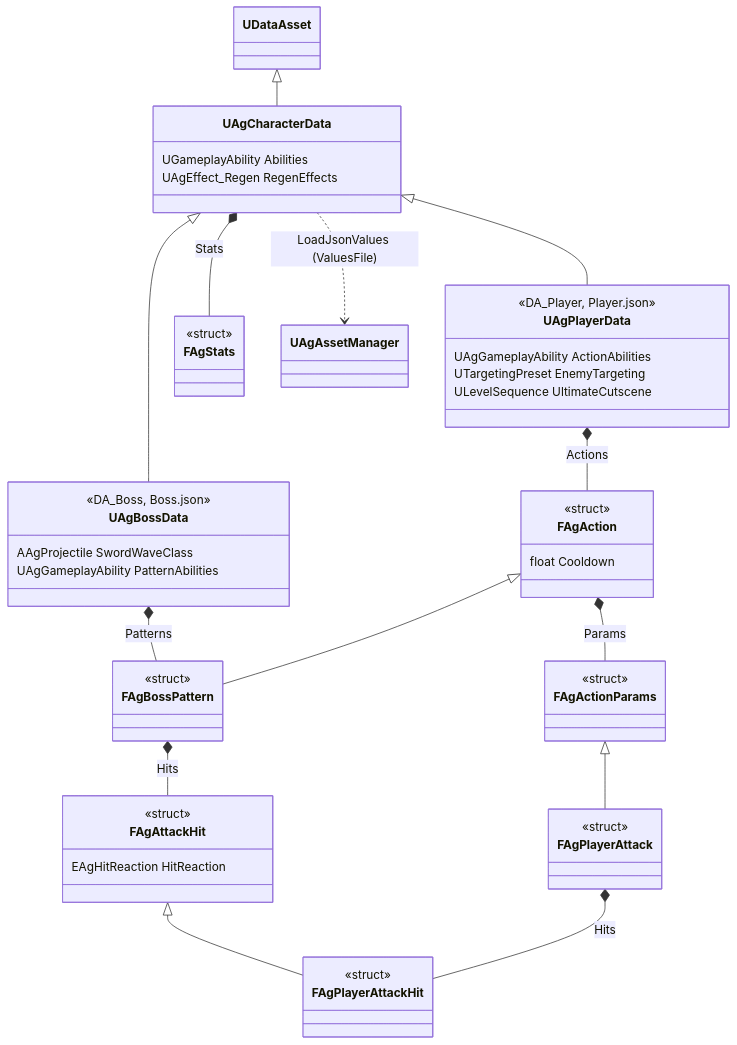
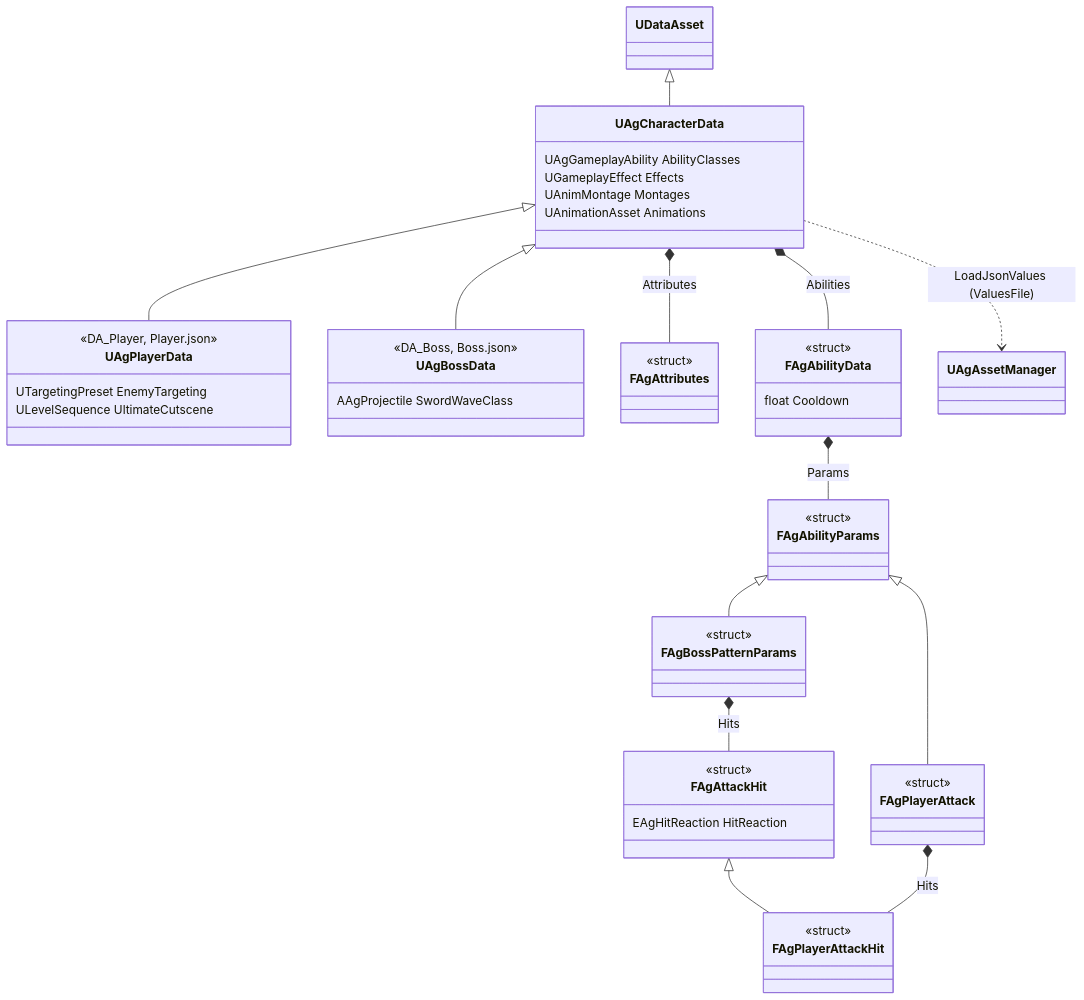
The first of 2 diagrams in Docs/Program/JSON과 DataAsset.md (Woogl/Ag), drawn with Mermaid before and after one commit. The commit also changed other lines of this file and 81 other files, not shown here.

````diff
--- a/Docs/Program/JSON과 DataAsset.md
+++ b/Docs/Program/JSON과 DataAsset.md
@@ -31,56 +31,55 @@
 ```mermaid
 classDiagram
     direction TB
     class UAgCharacterData {
-        UGameplayAbility Abilities
-        UAgEffect_Regen RegenEffects
+        UAgGameplayAbility AbilityClasses
+        UGameplayEffect Effects
+        UAnimMontage Montages
+        UAnimationAsset Animations
     }
     class UAgPlayerData {
         <<DA_Player, Player.json>>
-        UAgGameplayAbility ActionAbilities
         UTargetingPreset EnemyTargeting
         ULevelSequence UltimateCutscene
     }
     class UAgBossData {
         <<DA_Boss, Boss.json>>
         AAgProjectile SwordWaveClass
-        UAgGameplayAbility PatternAbilities
     }
-    class FAgStats {
+    class FAgAttributes {
         <<struct>>
     }
-    class FAgAction {
+    class FAgAbilityData {
         <<struct>>
         float Cooldown
     }
-    class FAgActionParams {
+    class FAgAbilityParams {
         <<struct>>
     }
-    class FAgBossPattern {
+    class FAgBossPatternParams {
         <<struct>>
     }
     class FAgPlayerAttack {
         <<struct>>
     }
     class FAgAttackHit {
         <<struct>>
         EAgHitReaction HitReaction
     }
     class FAgPlayerAttackHit {
         <<struct>>
     }
     UDataAsset <|-- UAgCharacterData
     UAgCharacterData <|-- UAgPlayerData
     UAgCharacterData <|-- UAgBossData
     UAgCharacterData ..> UAgAssetManager : LoadJsonValues (ValuesFile)
 
-    UAgCharacterData *-- FAgStats : Stats
-    UAgPlayerData *-- FAgAction : Actions
-    UAgBossData *-- FAgBossPattern : Patterns
-    FAgAction <|-- FAgBossPattern
-    FAgAction *-- FAgActionParams : Params
-    FAgActionParams <|-- FAgPlayerAttack
+    UAgCharacterData *-- FAgAttributes : Attributes
+    UAgCharacterData *-- FAgAbilityData : Abilities
+    FAgAbilityData *-- FAgAbilityParams : Params
+    FAgAbilityParams <|-- FAgPlayerAttack
+    FAgAbilityParams <|-- FAgBossPatternParams
     FAgAttackHit <|-- FAgPlayerAttackHit
     FAgPlayerAttack *-- FAgPlayerAttackHit : Hits
-    FAgBossPattern *-- FAgAttackHit : Hits
+    FAgBossPatternParams *-- FAgAttackHit : Hits
 ```
````
